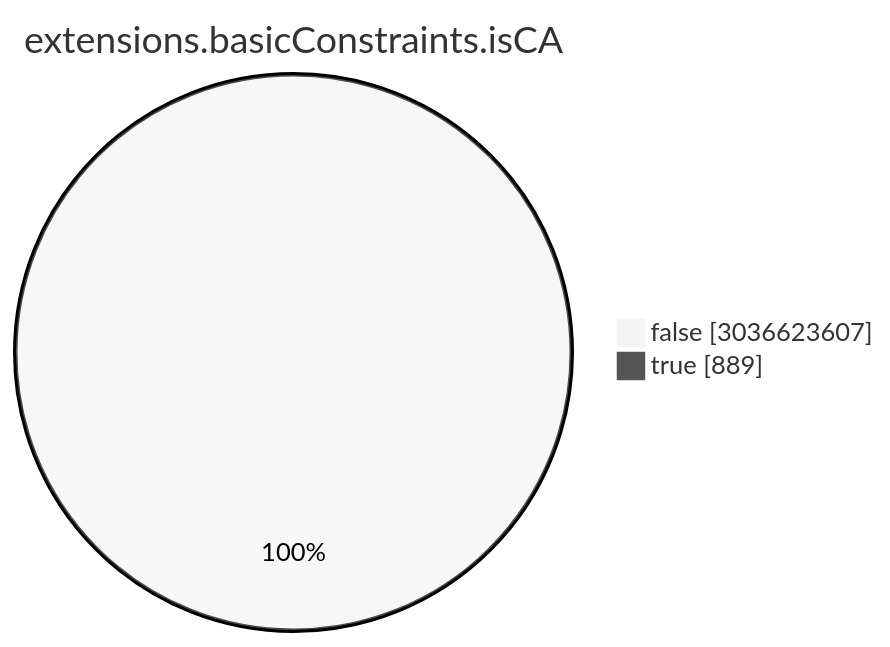
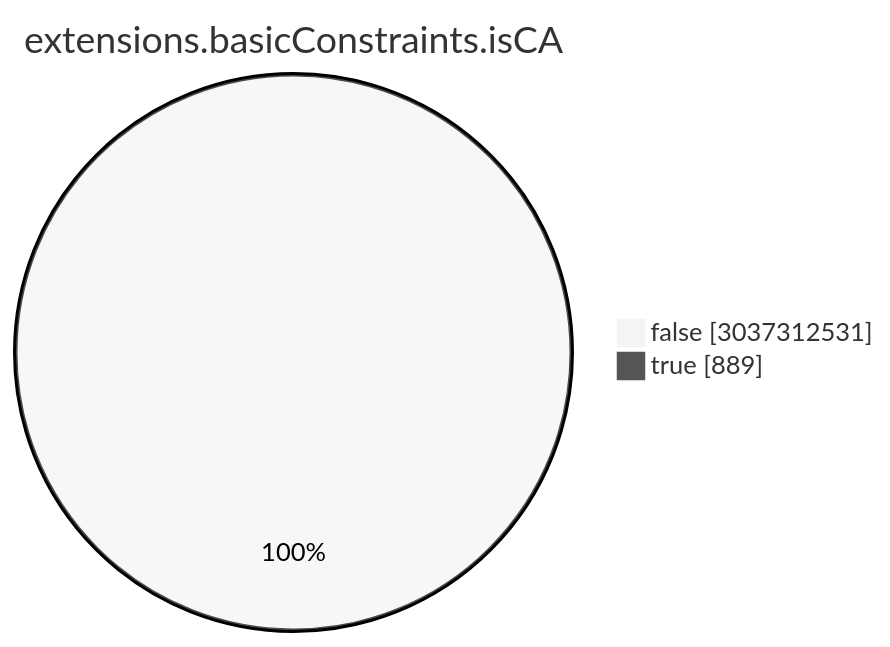
Before and after one commit to christiankrug/ctmonitor_visualization: the seventh of 15 diagrams in TOTAL/README.md, drawn with Mermaid (neutral theme). The commit also changed other lines of this file, not shown here.

````diff
--- a/TOTAL/README.md
+++ b/TOTAL/README.md
@@ -3088,6 +3088,6 @@
 ```mermaid
 pie showData
 title extensions.basicConstraints.isCA
-"false" :3036623607
+"false" :3037312531
 "true" :889
 ```
````
